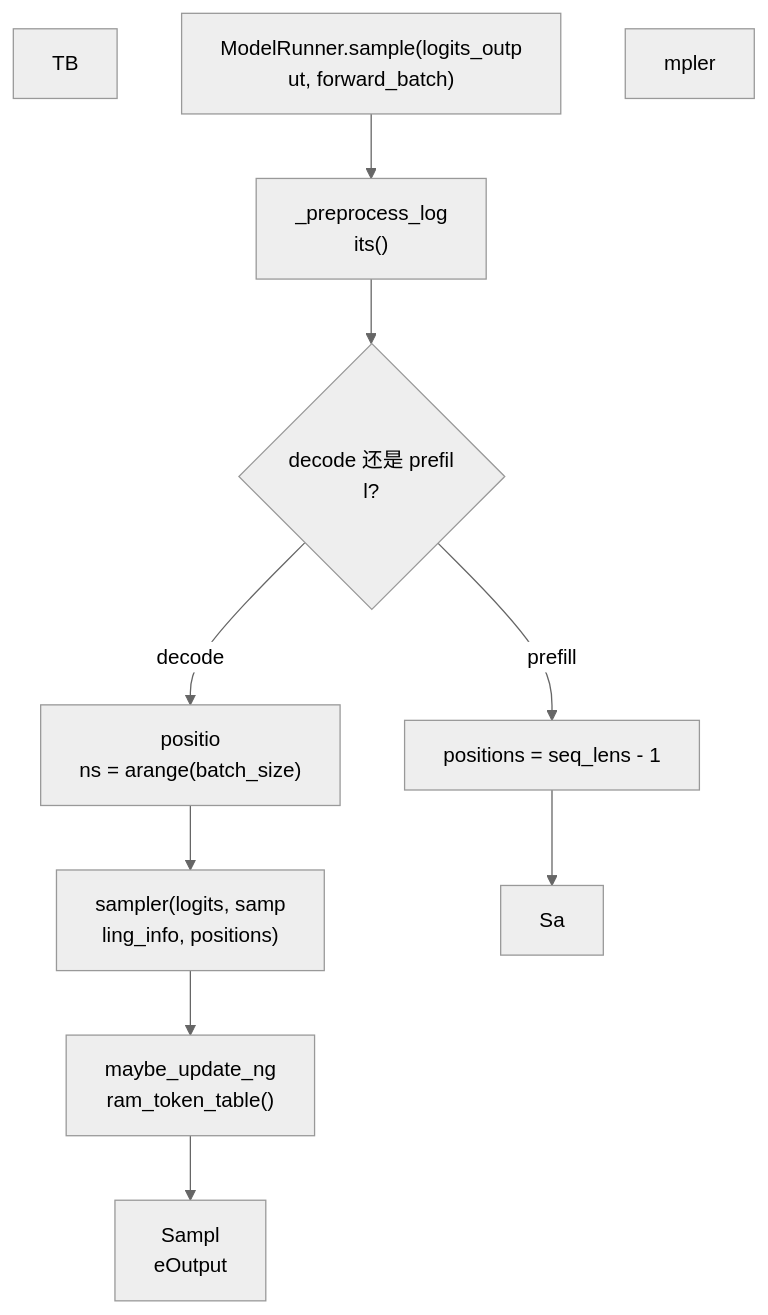
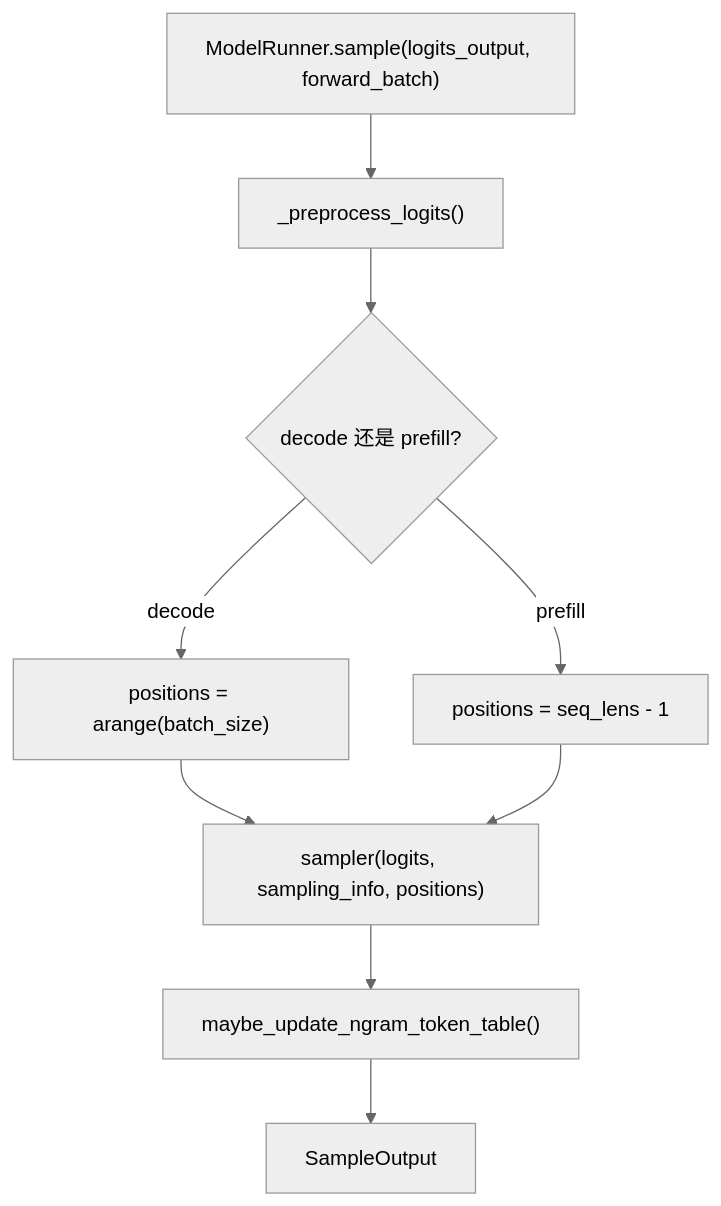
Before and after one commit to cl-vv-h/AI_Infra_Tutor_Page: the ninth of 9 diagrams in src/data/sglang-content/tp-worker-model-runner/02-flowcharts.md, drawn with Mermaid (neutral theme). The commit also changed other lines of this file and 25 other files, not shown here.

Commit message:
Fix markdown rendering with react-markdown, add SGLang knowledge graph

````diff
--- a/src/data/sglang-content/tp-worker-model-runner/02-flowcharts.md
+++ b/src/data/sglang-content/tp-worker-model-runner/02-flowcharts.md
@@ -354,22 +178,11 @@
 ```mermaid
-flowchart 
-TB
-    Sample["ModelRunner.sample(logits_outp
-ut, forward_batch)"] --> Pre["_preprocess_log
-its()"]
-    Pre --> Pos{"decode 还是 prefil
-l?"}
-    Pos -- decode --> DecodePos["positio
-ns = arange(batch_size)"]
-    Pos -- prefill 
---> PrefillPos["positions = seq_lens - 1"]
-  
-  DecodePos --> Sampler["sampler(logits, samp
-ling_info, positions)"]
-    PrefillPos --> Sa
-mpler
-    Sampler --> Update["maybe_update_ng
-ram_token_table()"]
-    Update --> Out["Sampl
-eOutput"]
+flowchart TB
+    Sample["ModelRunner.sample(logits_output, forward_batch)"] --> Pre["_preprocess_logits()"]
+    Pre --> Pos{"decode 还是 prefill?"}
+    Pos -- decode --> DecodePos["positions = arange(batch_size)"]
+    Pos -- prefill --> PrefillPos["positions = seq_lens - 1"]
+    DecodePos --> Sampler["sampler(logits, sampling_info, positions)"]
+    PrefillPos --> Sampler
+    Sampler --> Update["maybe_update_ngram_token_table()"]
+    Update --> Out["SampleOutput"]
 ```
````
